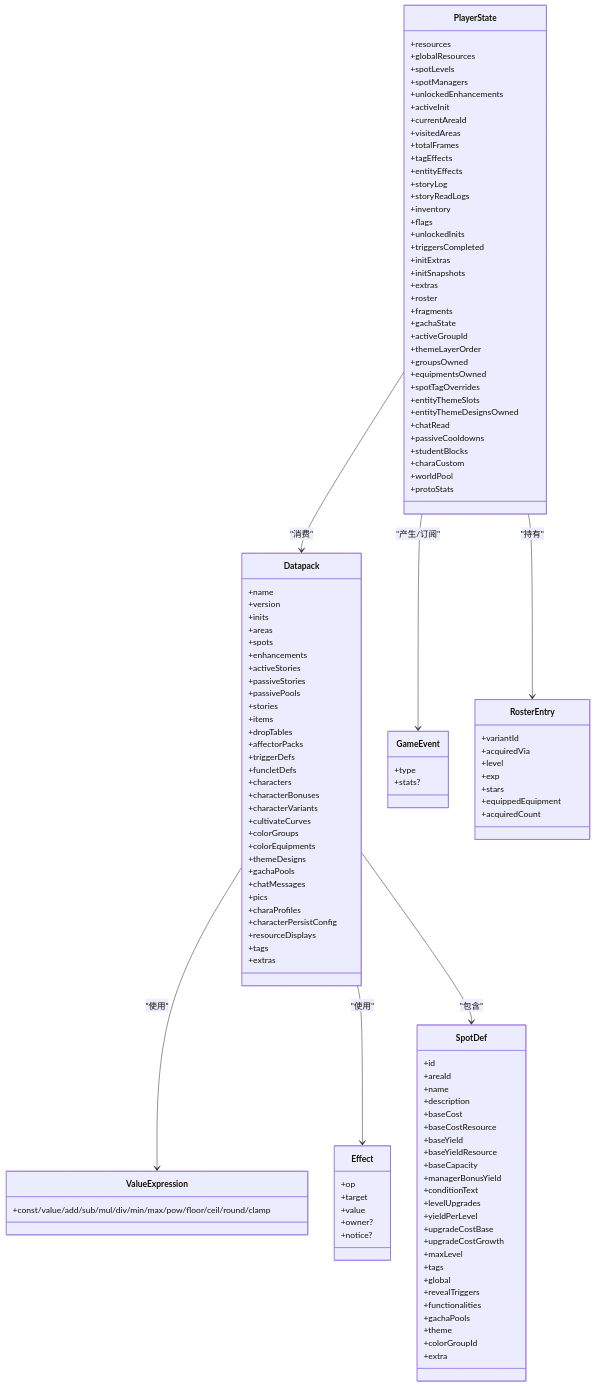
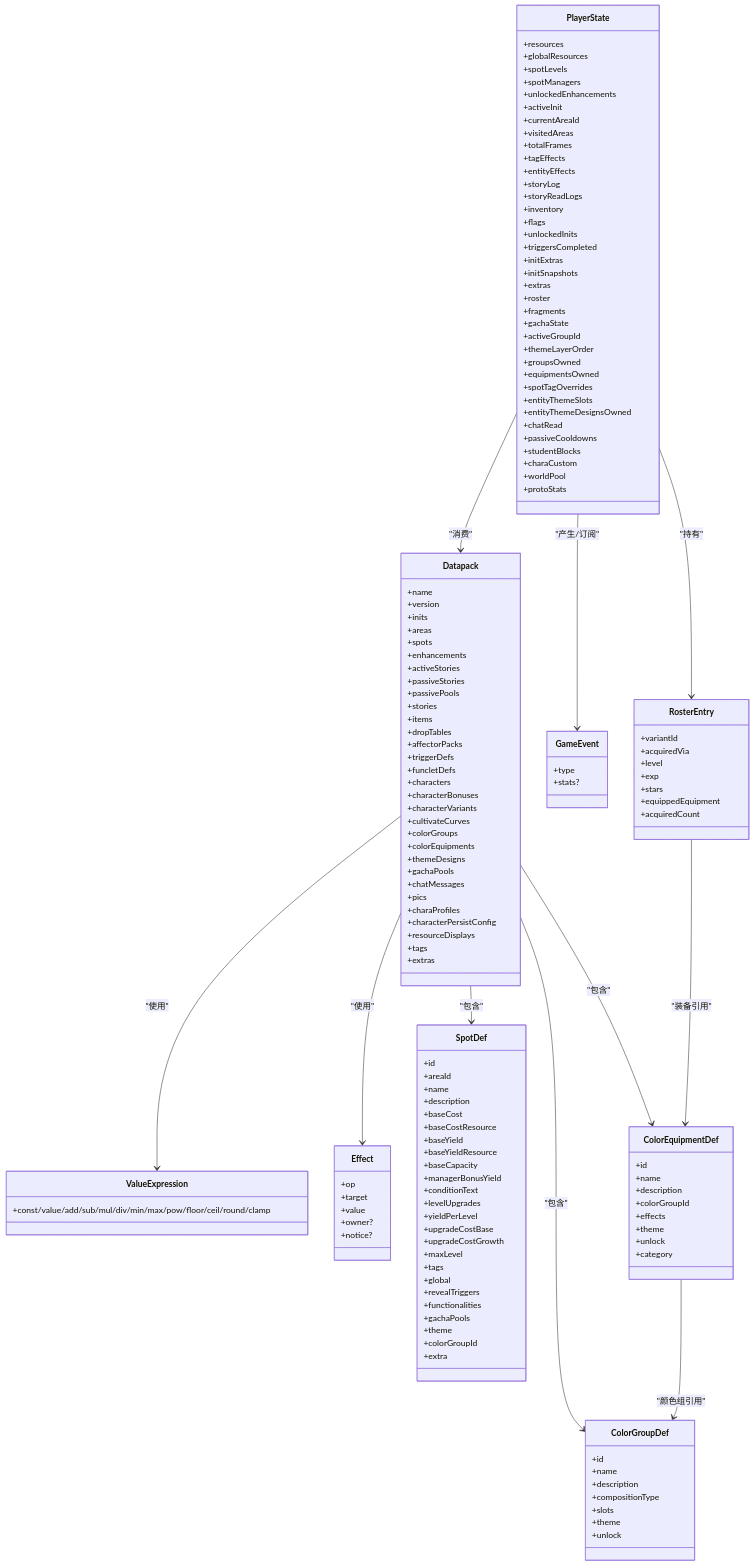
Before and after one commit to EsiLA9/Arona-Clicker: the second of 8 diagrams in .qoder/repowiki/zh/content/数据系统/类型系统.md, drawn with Mermaid. The commit also changed other lines of this file and 76 other files, not shown here.

````diff
--- a/.qoder/repowiki/zh/content/数据系统/类型系统.md
+++ b/.qoder/repowiki/zh/content/数据系统/类型系统.md
@@ -236,10 +247,33 @@
 +colorGroupId
 +extra
 }
+class ColorGroupDef {
++id
++name
++description
++compositionType
++slots
++theme
++unlock
+}
+class ColorEquipmentDef {
++id
++name
++description
++colorGroupId
++effects
++theme
++unlock
++category
+}
 PlayerState --> Datapack : "消费"
 PlayerState --> GameEvent : "产生/订阅"
 Datapack --> ValueExpression : "使用"
 Datapack --> Effect : "使用"
 PlayerState --> RosterEntry : "持有"
 Datapack --> SpotDef : "包含"
+Datapack --> ColorGroupDef : "包含"
+Datapack --> ColorEquipmentDef : "包含"
+RosterEntry --> ColorEquipmentDef : "装备引用"
+ColorEquipmentDef --> ColorGroupDef : "颜色组引用"
 ```
````
